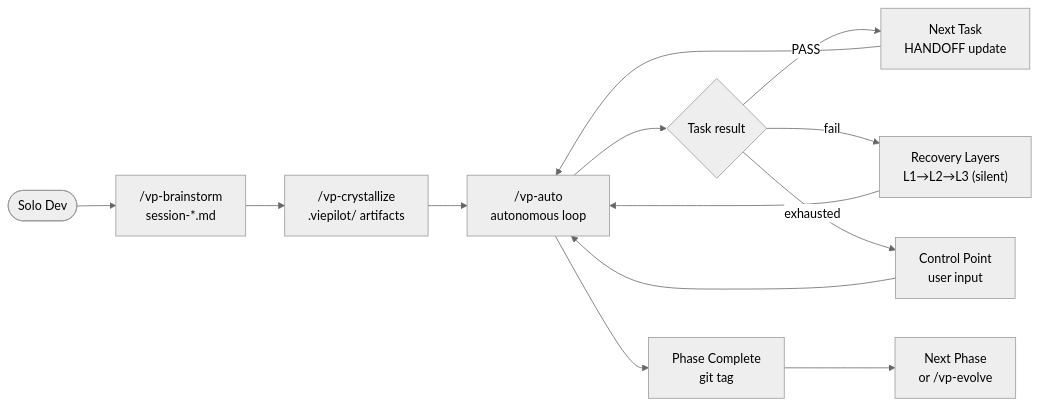
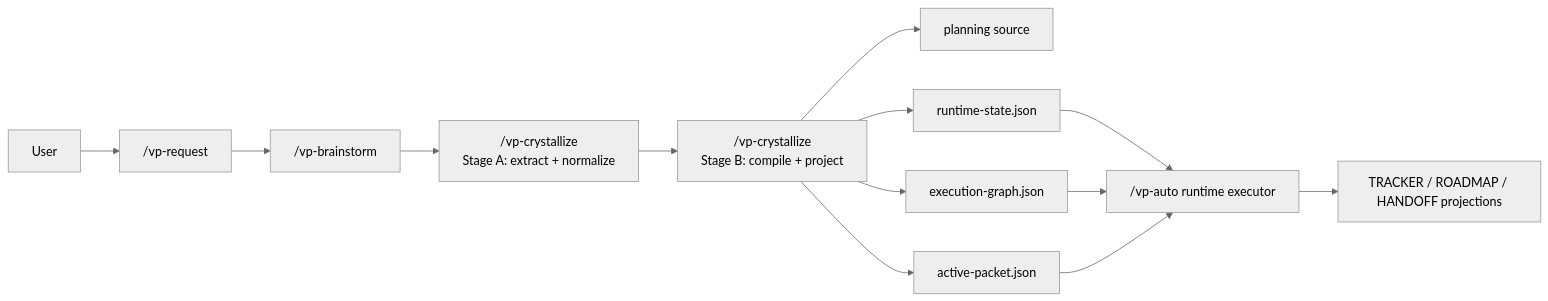
One commit to 0-CODE/viepilot changed the first of 5 diagrams in .viepilot/ARCHITECTURE.md. Above: the diagram before and after it, drawn with Mermaid (neutral theme). The commit also changed other lines of this file and 47 other files, not shown here.

Commit message:
docs(project): re-crystallize v3 planning artifacts

````diff
--- a/.viepilot/ARCHITECTURE.md
+++ b/.viepilot/ARCHITECTURE.md
@@ -9,15 +10,15 @@
 ```mermaid
 flowchart LR
-  User([Solo Dev]) --> BS["/vp-brainstorm\nsession-*.md"]
-  BS --> CRY["/vp-crystallize\n.viepilot/ artifacts"]
-  CRY --> AUTO["/vp-auto\nautonomous loop"]
-  AUTO --> PASS{Task result}
-  PASS -->|PASS| NEXT[Next Task\nHANDOFF update]
-  NEXT --> AUTO
-  PASS -->|fail| REC["Recovery Layers\nL1→L2→L3 (silent)"]
-  REC --> AUTO
-  PASS -->|exhausted| CP["Control Point\nuser input"]
-  CP --> AUTO
-  AUTO --> DONE["Phase Complete\ngit tag"]
-  DONE --> NEW["Next Phase\nor /vp-evolve"]
+  U[User] --> RQ["/vp-request"]
+  RQ --> BS["/vp-brainstorm"]
+  BS --> EX["/vp-crystallize\nStage A: extract + normalize"]
+  EX --> CP["/vp-crystallize\nStage B: compile + project"]
+  CP --> PS["planning source"]
+  CP --> RS["runtime-state.json"]
+  CP --> EG["execution-graph.json"]
+  CP --> AP["active-packet.json"]
+  RS --> AU["/vp-auto runtime executor"]
+  EG --> AU
+  AP --> AU
+  AU --> PJ["TRACKER / ROADMAP / HANDOFF projections"]
 ```
````
